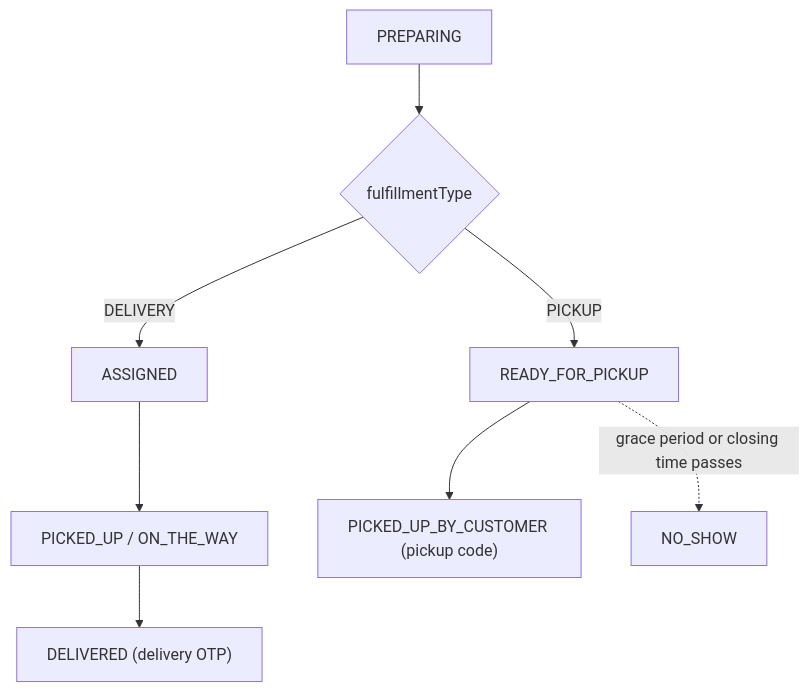
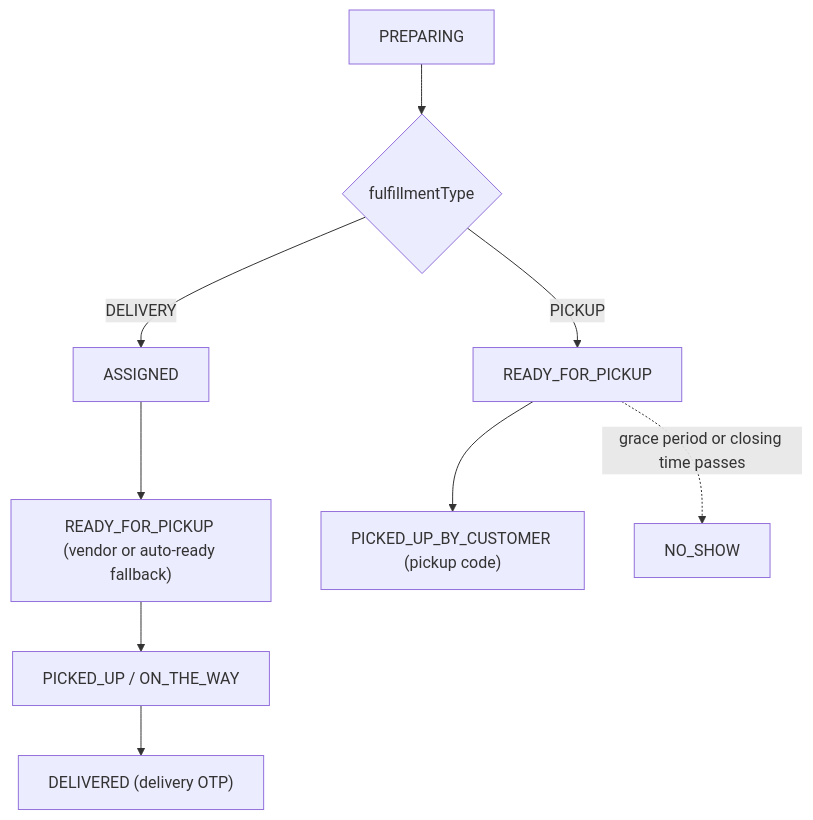
One commit to deligo-pt/deligo-food-backend-docs changed the fifth of 5 diagrams in content/docs/01-introduction/architecture.md. Above: the diagram before and after it, drawn with Mermaid. The commit also changed other lines of this file and 10 other files, not shown here.

````diff
--- a/content/docs/01-introduction/architecture.md
+++ b/content/docs/01-introduction/architecture.md
@@ -299,10 +306,11 @@
 ```mermaid
 flowchart TD
     A[PREPARING] --> B{fulfillmentType}
     B -->|DELIVERY| C[ASSIGNED]
-    C --> D["PICKED_UP / ON_THE_WAY"]
+    C --> C2["READY_FOR_PICKUP (vendor or auto-ready fallback)"]
+    C2 --> D["PICKED_UP / ON_THE_WAY"]
     D --> E["DELIVERED (delivery OTP)"]
     B -->|PICKUP| F[READY_FOR_PICKUP]
     F --> G["PICKED_UP_BY_CUSTOMER (pickup code)"]
     F -.->|"grace period or closing time passes"| H[NO_SHOW]
 ```
````
